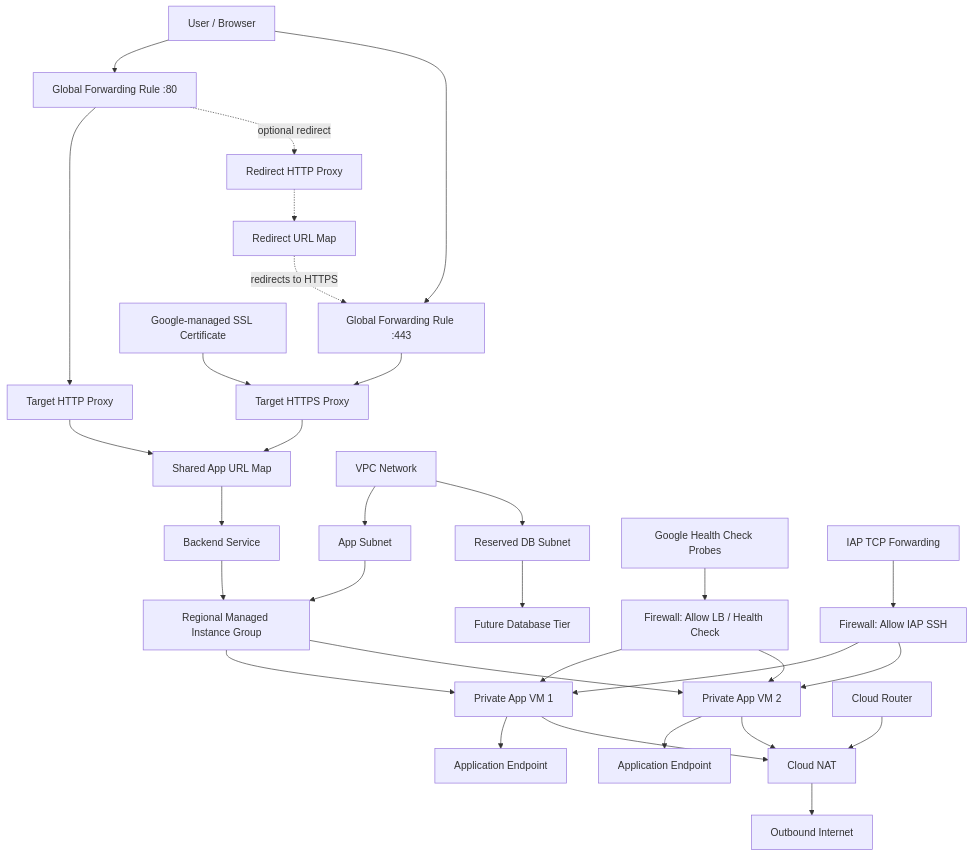
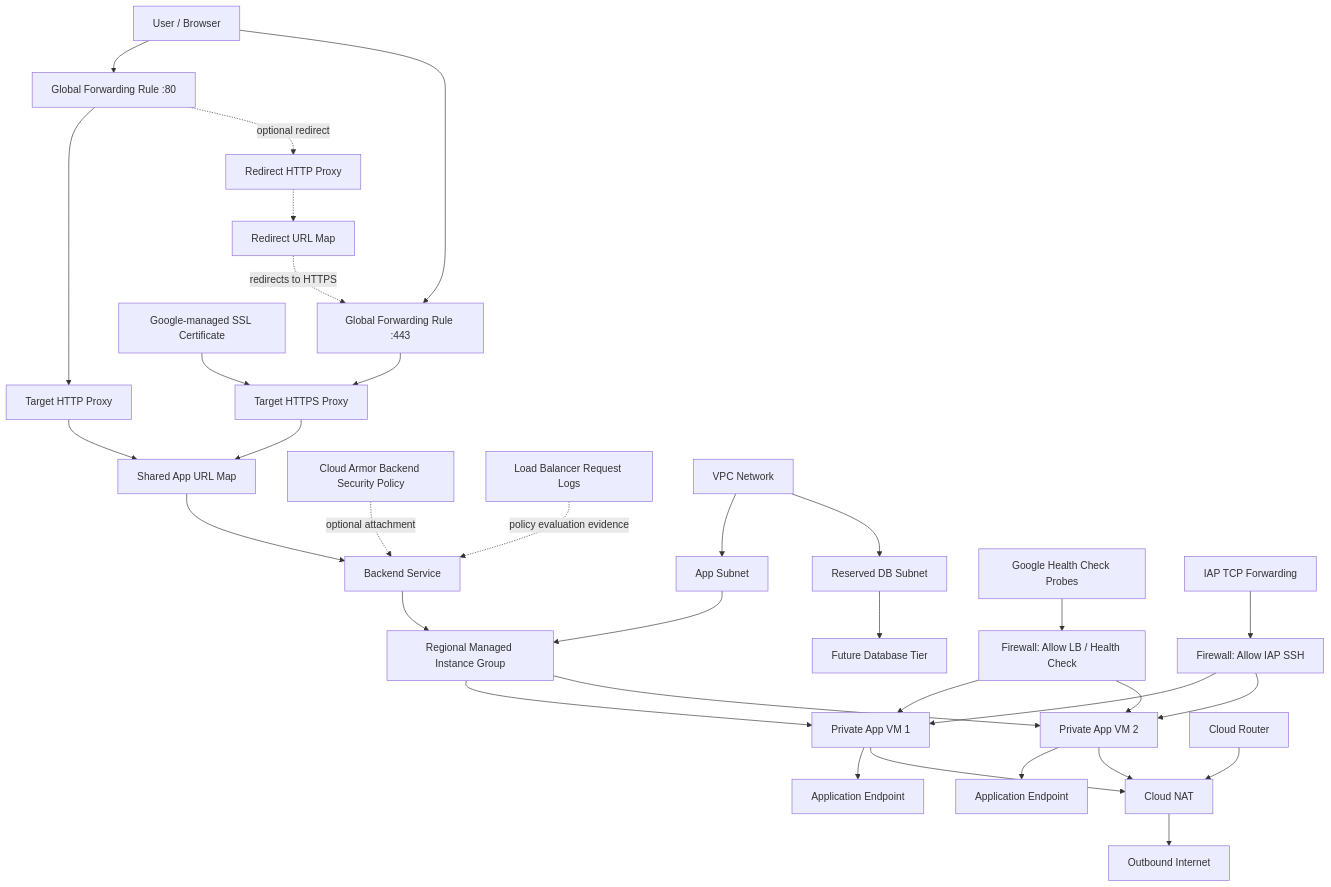
Before and after one commit to abrahamparn/terraform-gcp-production-lite-web-platform: the diagram in docs/architecture.md, drawn with Mermaid. The commit also changed other lines of this file and 16 other files, not shown here.

Commit message:
feadd Cloud Armor security hardening

````diff
--- a/docs/architecture.md
+++ b/docs/architecture.md
@@ -73,44 +75,46 @@
 ```mermaid
 flowchart TD
     User[User / Browser] --> HTTPFR[Global Forwarding Rule :80]
     User --> HTTPSFR[Global Forwarding Rule :443]
 
     HTTPFR --> HTTPProxy[Target HTTP Proxy]
     HTTPSFR --> HTTPSProxy[Target HTTPS Proxy]
     Cert[Google-managed SSL Certificate] --> HTTPSProxy
 
     HTTPProxy --> URLMap[Shared App URL Map]
     HTTPSProxy --> URLMap
     URLMap --> Backend[Backend Service]
+    Armor[Cloud Armor Backend Security Policy] -. optional attachment .-> Backend
+    Logs[Load Balancer Request Logs] -. policy evaluation evidence .-> Backend
     Backend --> MIG[Regional Managed Instance Group]
 
     HTTPFR -. optional redirect .-> RedirectProxy[Redirect HTTP Proxy]
     RedirectProxy -.-> RedirectMap[Redirect URL Map]
     RedirectMap -. redirects to HTTPS .-> HTTPSFR
 
     MIG --> VM1[Private App VM 1]
     MIG --> VM2[Private App VM 2]
 
     VM1 --> App1[Application Endpoint]
     VM2 --> App2[Application Endpoint]
 
     VM1 --> NAT[Cloud NAT]
     VM2 --> NAT
     NAT --> Internet[Outbound Internet]
 
     Router[Cloud Router] --> NAT
 
     VPC[VPC Network] --> AppSubnet[App Subnet]
     VPC --> DBSubnet[Reserved DB Subnet]
 
     AppSubnet --> MIG
     DBSubnet --> FutureDB[Future Database Tier]
 
     HC[Google Health Check Probes] --> FWLB[Firewall: Allow LB / Health Check]
     FWLB --> VM1
     FWLB --> VM2
 
     IAP[IAP TCP Forwarding] --> FWIAP[Firewall: Allow IAP SSH]
     FWIAP --> VM1
     FWIAP --> VM2
 ```
````
